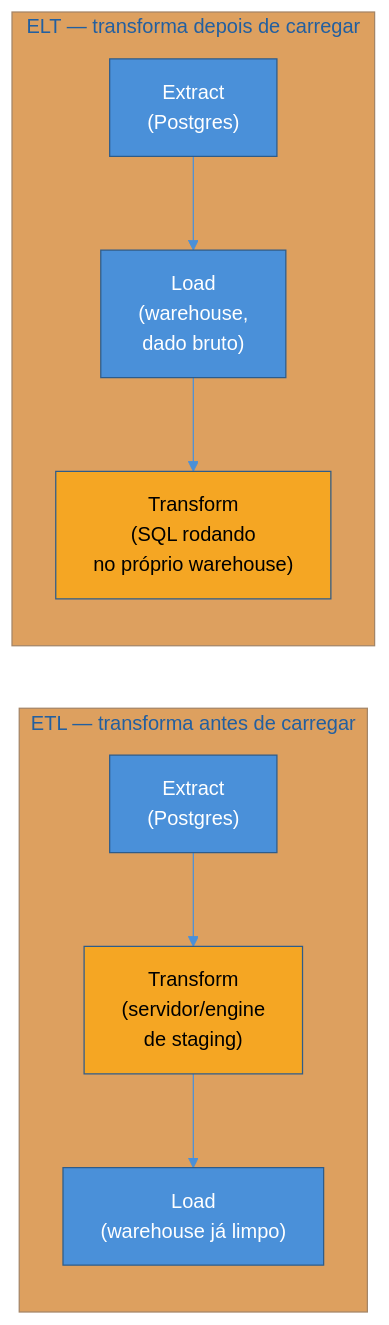
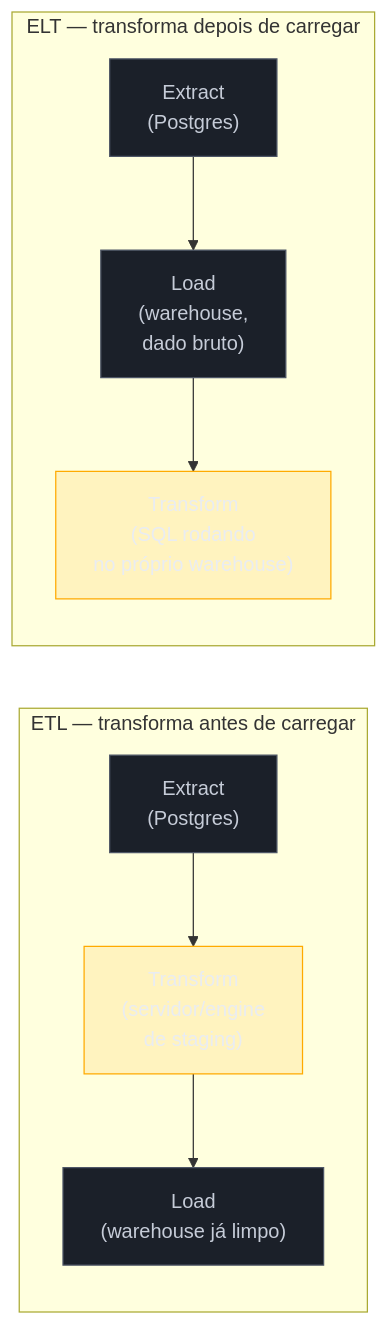
Before and after one commit to josenaldo/codex-technomanticus: the first of 2 diagrams in 03-Dominios/Engenharia/Dados/3 - Pipelines - movimentação e transformação/01 - ETL vs ELT.md, drawn with Mermaid. The commit also changed other lines of this file and 1181 other files, not shown here.

First line of the commit message:
fix(diagramas): paleta do sistema no lugar de cor cravada no markdown

````diff
--- a/03-Dominios/Engenharia/Dados/3 - Pipelines - movimentação e transformação/01 - ETL vs ELT.md
+++ b/03-Dominios/Engenharia/Dados/3 - Pipelines - movimentação e transformação/01 - ETL vs ELT.md
@@ -45,20 +45,21 @@
 ```mermaid
-%%{init: {"theme": "base", "themeVariables": {"primaryColor": "#4A90D9", "primaryBorderColor": "#2E5C8A", "lineColor": "#4A90D9"}}}%%
 graph LR
+    classDef neutro fill:#1B2029,stroke:#4E5666,color:#C6CCD8
+    classDef destaque fill:#FFAA0024,stroke:#FFAA00,color:#E9ECF2
     subgraph ETL["ETL — transforma antes de carregar"]
         E1["Extract<br/>(Postgres)"] --> T1["Transform<br/>(servidor/engine<br/>de staging)"]
         T1 --> L1["Load<br/>(warehouse já limpo)"]
     end
 
     subgraph ELT["ELT — transforma depois de carregar"]
         E2["Extract<br/>(Postgres)"] --> L2["Load<br/>(warehouse,<br/>dado bruto)"]
         L2 --> T2["Transform<br/>(SQL rodando<br/>no próprio warehouse)"]
     end
 
-    style E1 fill:#4A90D9,color:#fff
-    style E2 fill:#4A90D9,color:#fff
-    style L1 fill:#4A90D9,color:#fff
-    style L2 fill:#4A90D9,color:#fff
-    style T1 fill:#F5A623,color:#000
-    style T2 fill:#F5A623,color:#000
+    class E1 neutro
+    class E2 neutro
+    class L1 neutro
+    class L2 neutro
+    class T1 destaque
+    class T2 destaque
 ```
````
